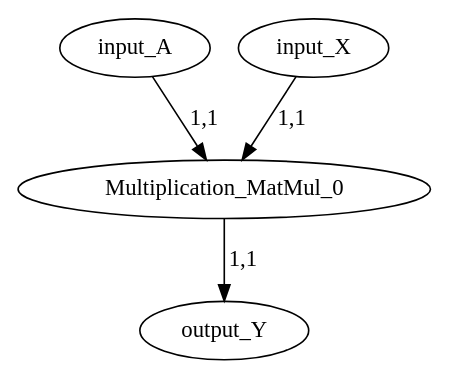
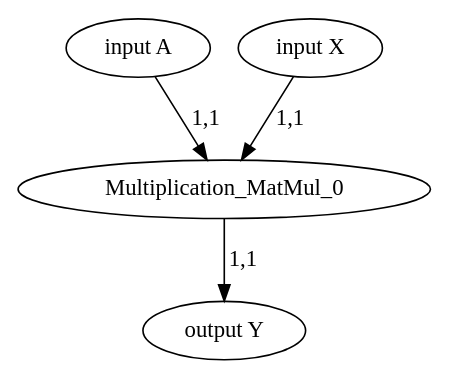
Before and after one commit to specs-feup/onnx-flow: the diagram in outputs/matmul2.dot, drawn with Graphviz. The commit also changed 5 other files, not shown here.

```diff
--- a/outputs/matmul2.dot
+++ b/outputs/matmul2.dot
@@ -1,9 +1,9 @@
 digraph G {
-"A" [opcode="input"][label="input_A"];
-"X" [opcode="input"][label="input_X"];
-"Y" [opcode="output"][label="output_Y"];
-"Multiplication_MatMul_0" [opcode="Multiplication"];
-"X" -> "Multiplication_MatMul_0" [label="1,1"] [dims="1,1"];
-"A" -> "Multiplication_MatMul_0" [label="1,1"] [dims="1,1"];
-"Multiplication_MatMul_0" -> "Y" [label="1,1"] [dims="1,1"];
+   "A" [opcode="input"][label="input A"];
+   "X" [opcode="input"][label="input X"];
+   "Y" [opcode="output"][label="output Y"];
+   "Multiplication_MatMul_0" [opcode="Multiplication"];
+   "X" -> "Multiplication_MatMul_0" [label="1,1"] [dims="1,1"];
+   "A" -> "Multiplication_MatMul_0" [label="1,1"] [dims="1,1"];
+   "Multiplication_MatMul_0" -> "Y" [label="1,1"] [dims="1,1"];
 }
```
